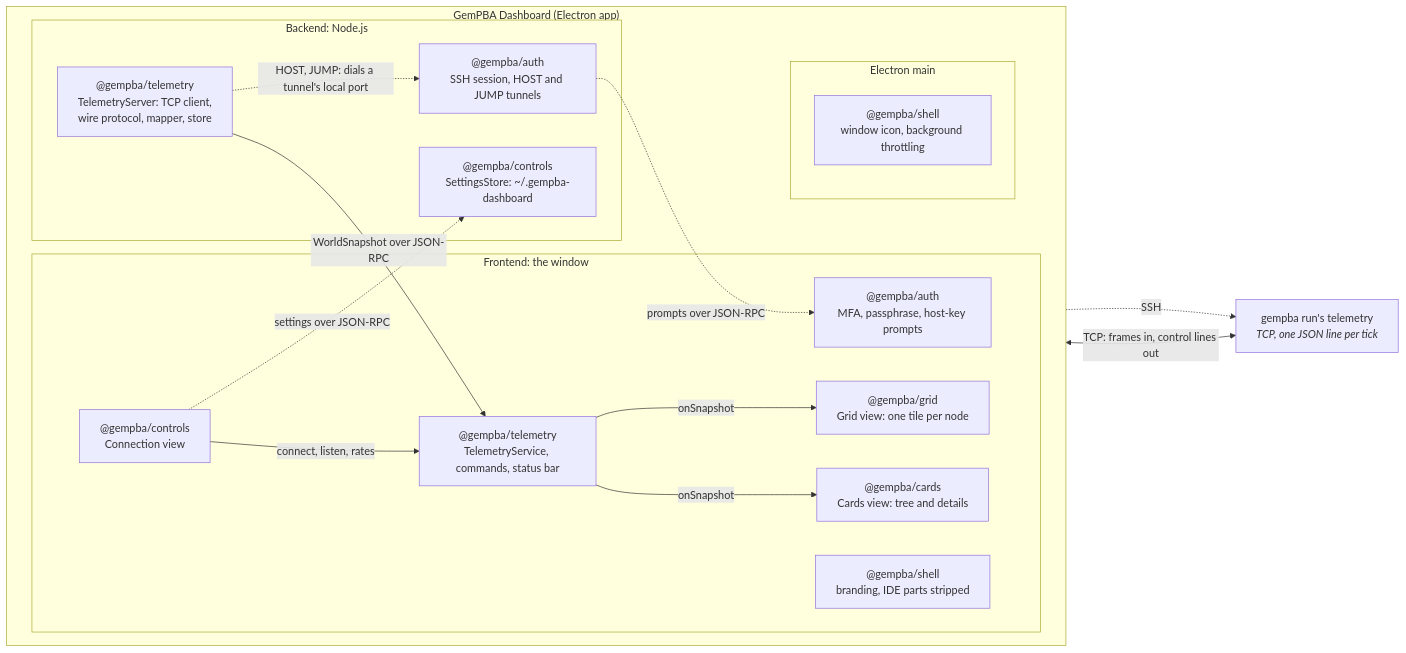
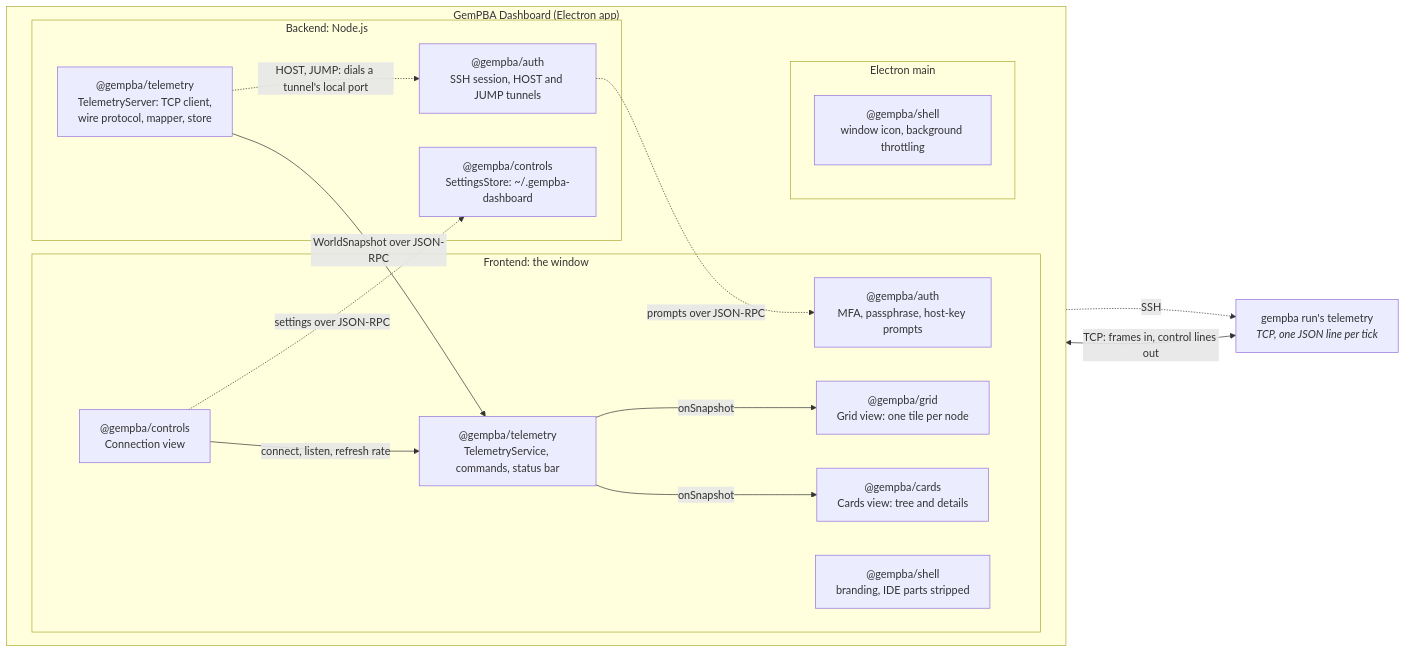
Before and after one commit to rapastranac/gempba-dashboard: the first of 3 diagrams in ARCHITECTURE.md, drawn with Mermaid. The commit also changed other lines of this file, not shown here.

Commit message:
#81 docs(#27, #61, #84): Describe the one refresh rate, sent under both of gempba 4.2's control names

````diff
--- a/ARCHITECTURE.md
+++ b/ARCHITECTURE.md
@@ -33,32 +33,32 @@
 ```mermaid
 flowchart LR
     gempba["gempba run's telemetry<br/><i>TCP, one JSON line per tick</i>"]
     subgraph app["GemPBA Dashboard (Electron app)"]
         direction LR
         subgraph backend["Backend: Node.js"]
             telemetry["@gempba/telemetry<br/>TelemetryServer: TCP client,<br/>wire protocol, mapper, store"]
             authNode["@gempba/auth<br/>SSH session, HOST and JUMP tunnels"]
             settingsNode["@gempba/controls<br/>SettingsStore: ~/.gempba-dashboard"]
         end
         subgraph frontend["Frontend: the window"]
             service["@gempba/telemetry<br/>TelemetryService, commands, status bar"]
             authUi["@gempba/auth<br/>MFA, passphrase, host-key prompts"]
             controlsUi["@gempba/controls<br/>Connection view"]
             shellUi["@gempba/shell<br/>branding, IDE parts stripped"]
             gridUi["@gempba/grid<br/>Grid view: one tile per node"]
             cardsUi["@gempba/cards<br/>Cards view: tree and details"]
         end
         subgraph main["Electron main"]
             shellMain["@gempba/shell<br/>window icon, background throttling"]
         end
     end
     gempba <-->|"TCP: frames in, control lines out"| telemetry
     telemetry -.->|"HOST, JUMP: dials a tunnel's local port"| authNode
     authNode -.->|SSH| gempba
     authNode -.->|"prompts over JSON-RPC"| authUi
     telemetry -->|"WorldSnapshot over JSON-RPC"| service
     service -->|onSnapshot| gridUi
     service -->|onSnapshot| cardsUi
-    controlsUi -->|"connect, listen, rates"| service
+    controlsUi -->|"connect, listen, refresh rate"| service
     controlsUi -.->|"settings over JSON-RPC"| settingsNode
 ```
````
